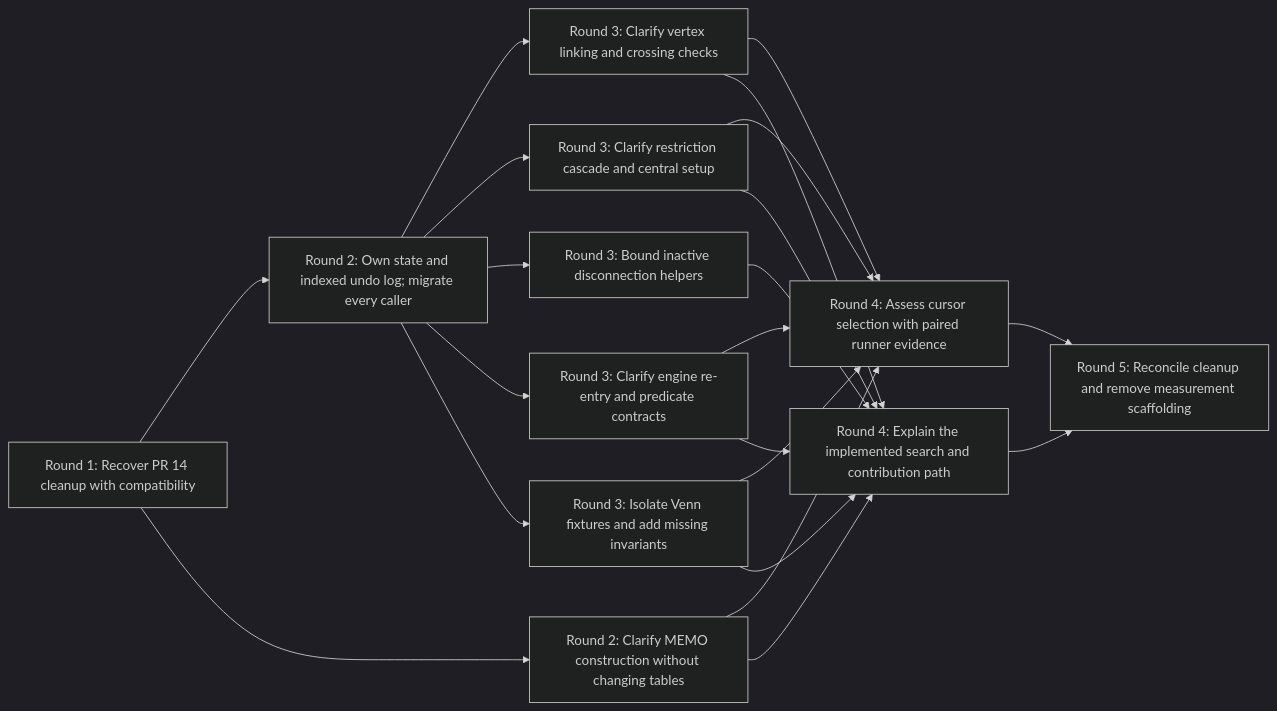
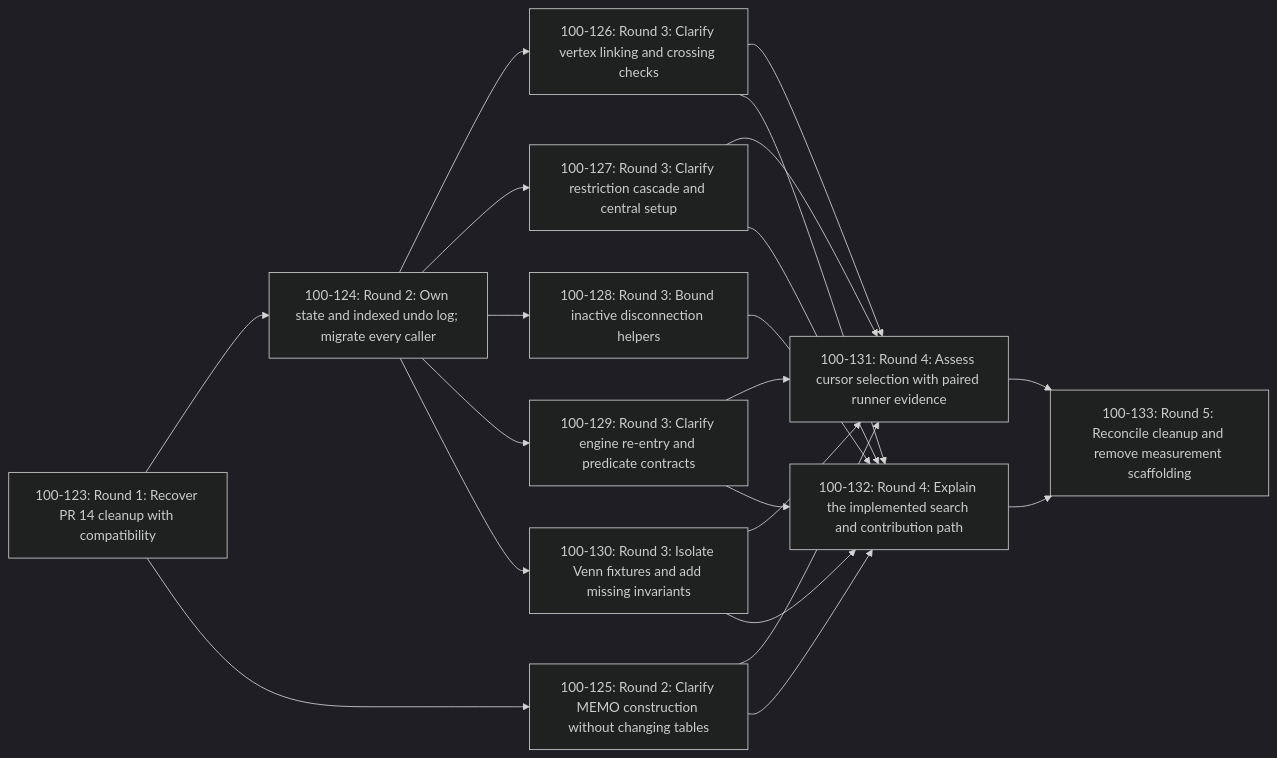
The diagram in docs/symphony-plans/venn-cleanup/fan-out-plan.mmd (jeremycarroll/venn-search-rs), drawn with Mermaid (dark theme) before and after one commit. The commit also changed 1 other file, not shown here.

Commit message:
[100-112]: Map accepted cleanup plan to activated issues (#19)

```diff
--- a/docs/symphony-plans/venn-cleanup/fan-out-plan.mmd
+++ b/docs/symphony-plans/venn-cleanup/fan-out-plan.mmd
@@ -1,33 +1,33 @@
 %% symphony-dag/v1
 flowchart LR
-  RECOVER["Round 1: Recover PR 14 cleanup with compatibility"]
-  SAFETY["Round 2: Own state and indexed undo log; migrate every caller"]
-  MEMO["Round 2: Clarify MEMO construction without changing tables"]
-  VERTEX["Round 3: Clarify vertex linking and crossing checks"]
-  RESTRICT["Round 3: Clarify restriction cascade and central setup"]
-  DISCONNECT["Round 3: Bound inactive disconnection helpers"]
-  ENGINE["Round 3: Clarify engine re-entry and predicate contracts"]
-  TESTS["Round 3: Isolate Venn fixtures and add missing invariants"]
-  MEASURE["Round 4: Assess cursor selection with paired runner evidence"]
-  DOCS["Round 4: Explain the implemented search and contribution path"]
-  FINAL["Round 5: Reconcile cleanup and remove measurement scaffolding"]
+  RECOVER["100-123: Round 1: Recover PR 14 cleanup with compatibility"]
+  SAFETY["100-124: Round 2: Own state and indexed undo log; migrate every caller"]
+  MEMO["100-125: Round 2: Clarify MEMO construction without changing tables"]
+  VERTEX["100-126: Round 3: Clarify vertex linking and crossing checks"]
+  RESTRICT["100-127: Round 3: Clarify restriction cascade and central setup"]
+  DISCONNECT["100-128: Round 3: Bound inactive disconnection helpers"]
+  ENGINE["100-129: Round 3: Clarify engine re-entry and predicate contracts"]
+  TESTS["100-130: Round 3: Isolate Venn fixtures and add missing invariants"]
+  MEASURE["100-131: Round 4: Assess cursor selection with paired runner evidence"]
+  DOCS["100-132: Round 4: Explain the implemented search and contribution path"]
+  FINAL["100-133: Round 5: Reconcile cleanup and remove measurement scaffolding"]
   RECOVER --> SAFETY
   RECOVER --> MEMO
   SAFETY --> VERTEX
   SAFETY --> RESTRICT
   SAFETY --> DISCONNECT
   SAFETY --> ENGINE
   SAFETY --> TESTS
   VERTEX --> MEASURE
   RESTRICT --> MEASURE
   ENGINE --> MEASURE
   MEMO --> MEASURE
   TESTS --> MEASURE
   VERTEX --> DOCS
   RESTRICT --> DOCS
   DISCONNECT --> DOCS
   ENGINE --> DOCS
   MEMO --> DOCS
   TESTS --> DOCS
   MEASURE --> FINAL
   DOCS --> FINAL
```
